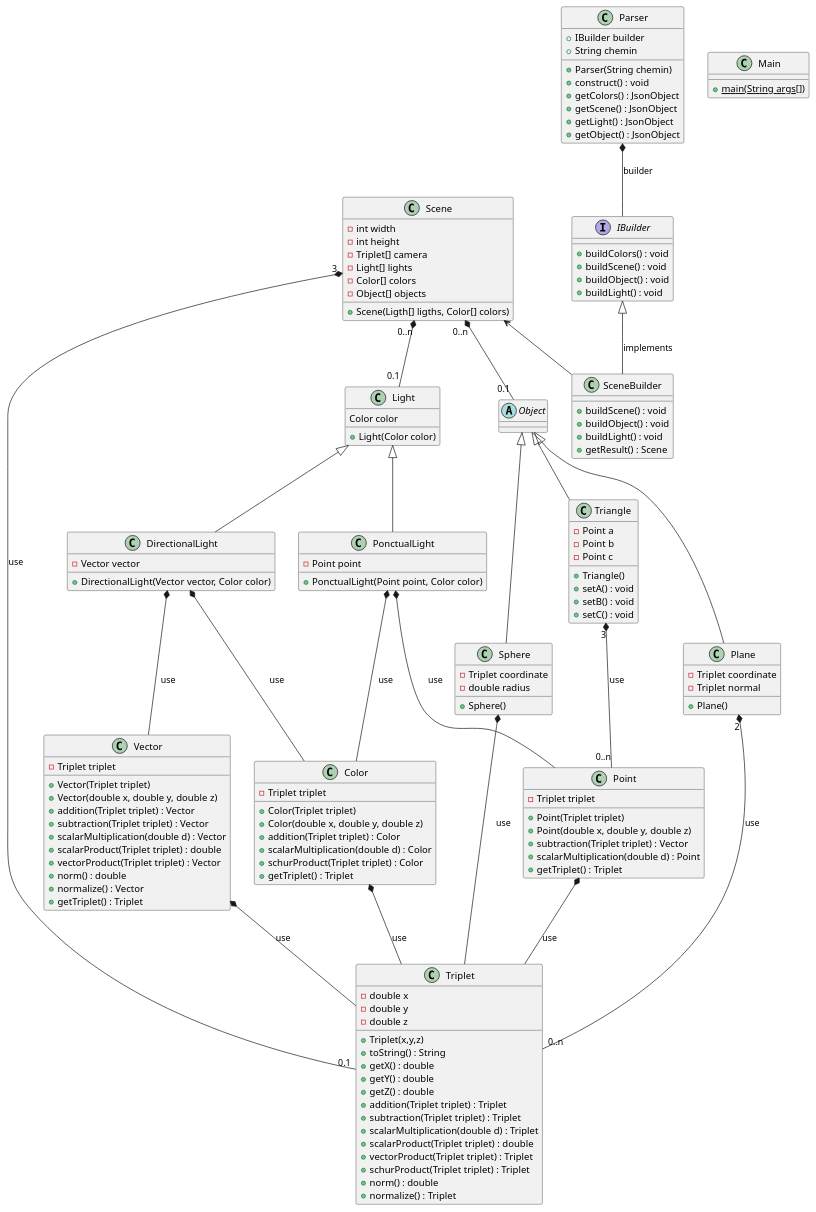
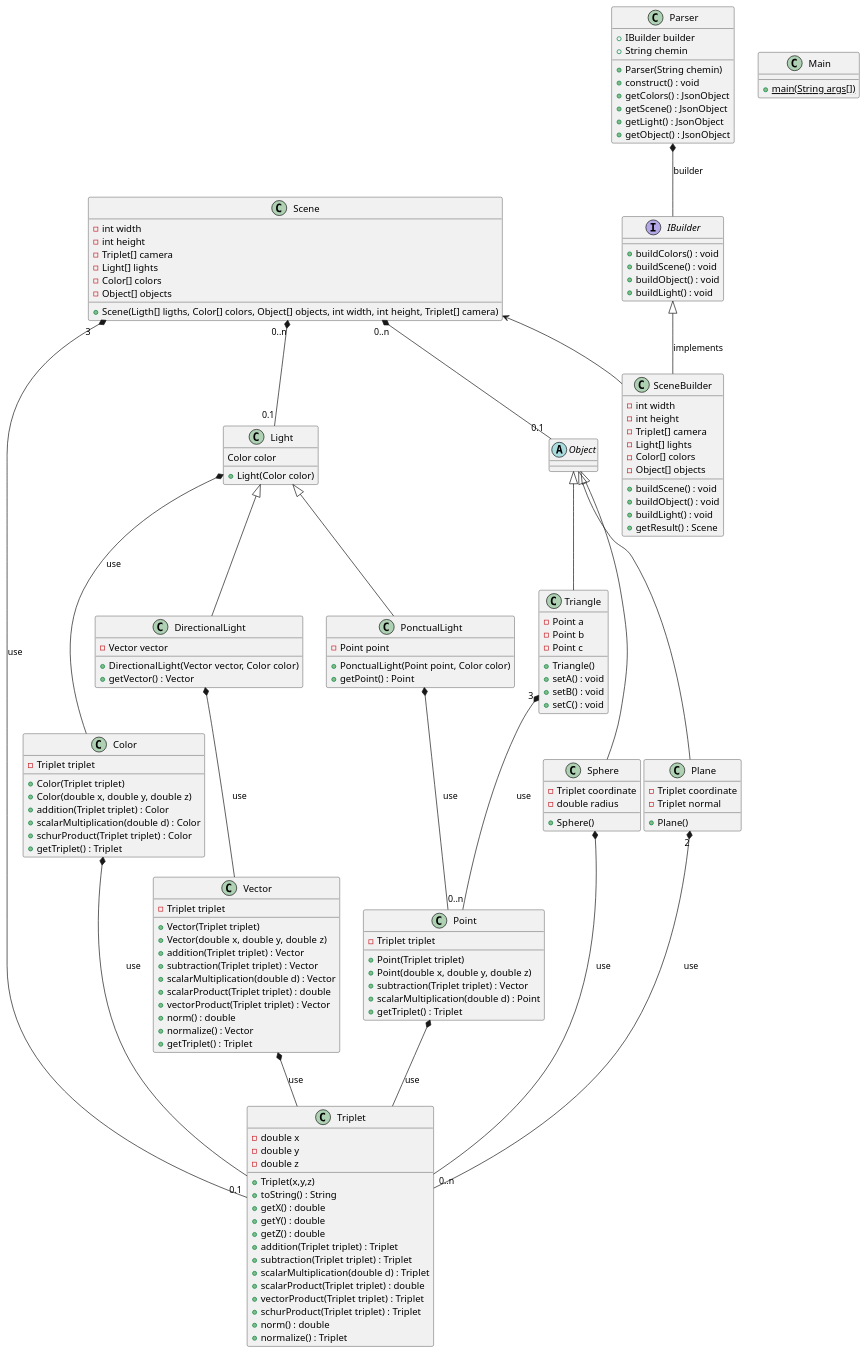
Before and after one commit to DarkWolf62/RaytracerLib: the diagram in RayTracing.puml, drawn with PlantUML. The commit also changed 3 other files, not shown here.

```diff
--- a/RayTracing.puml
+++ b/RayTracing.puml
@@ -1,181 +1,188 @@
 @startuml
 
 class Triplet
 class Vector
 class Point
 class Color
 class Main
 class Light
 class DirectionalLight
 class PonctualLight
 abstract class Object
 
 class Plane
 class Triangle
 class Sphere
 
 class Scene
 interface IBuilder
 class SceneBuilder
 
 Vector *-- Triplet : use
 Color *-- Triplet : use
 Point *-- Triplet : use
 
-DirectionalLight *-- Color : use
 DirectionalLight *-- Vector : use
 
-PonctualLight *-- Color : use
+Light *-- Color : use
 PonctualLight *-- Point : use
 
 
 Triangle "3" *-- "0..n" Point : use
 Plane "2" *-- "0..n" Triplet : use
 Sphere *-- Triplet : use
 
 Parser *-- IBuilder : builder
 IBuilder <|-- SceneBuilder : implements
 Scene <-- SceneBuilder
 Scene "0..n" *-- "0.1" Light
 Scene "0..n" *-- "0.1" Object
 Scene "3"*-- "0.1" Triplet : use
 
 
 
 class Triplet {
 -double x
 -double y
 -double z
 
 +Triplet(x,y,z)
 +toString() : String
 +getX() : double
 +getY() : double
 +getZ() : double
 +addition(Triplet triplet) : Triplet
 +subtraction(Triplet triplet) : Triplet
 +scalarMultiplication(double d) : Triplet
 +scalarProduct(Triplet triplet) : double
 +vectorProduct(Triplet triplet) : Triplet
 +schurProduct(Triplet triplet) : Triplet
 +norm() : double
 +normalize() : Triplet
 }
 
 class Vector{
 -Triplet triplet
 +Vector(Triplet triplet)
 +Vector(double x, double y, double z)
 +addition(Triplet triplet) : Vector
 +subtraction(Triplet triplet) : Vector
 +scalarMultiplication(double d) : Vector
 +scalarProduct(Triplet triplet) : double
 +vectorProduct(Triplet triplet) : Vector
 +norm() : double
 +normalize() : Vector
 + getTriplet() : Triplet
 }
 
 class Point{
 - Triplet triplet
 +Point(Triplet triplet)
 +Point(double x, double y, double z)
 +subtraction(Triplet triplet) : Vector
 +scalarMultiplication(double d) : Point
 + getTriplet() : Triplet
 }
 
 class Color{
 - Triplet triplet
 +Color(Triplet triplet)
 +Color(double x, double y, double z)
 + addition(Triplet triplet) : Color
 + scalarMultiplication(double d) : Color
 + schurProduct(Triplet triplet) : Color
 + getTriplet() : Triplet
 }
 
 
 class Light{
 Color color
 + Light(Color color)
 }
 
 class PonctualLight extends Light{
 - Point point
 + PonctualLight(Point point, Color color)
++ getPoint() : Point
 }
 
 class DirectionalLight extends Light{
 - Vector vector
 + DirectionalLight(Vector vector, Color color)
++ getVector() : Vector
 }
 
 class Triangle extends Object {
 - Point a
 - Point b
 - Point c
 + Triangle()
 + setA() : void
 + setB() : void
 + setC() : void
 }
 
 class Plane extends Object{
 - Triplet coordinate
 - Triplet normal
 + Plane()
 }
 
 class Sphere extends Object {
 - Triplet coordinate
 - double radius
 + Sphere()
 }
 
 'note "Patron de conception : Builder" as N2
 'Scene .. N2
 'IBuilder .. N2
 'SceneBuilder .. N2
 'Parser .. N2
 
 class Scene{
 - int width
 - int height
 - Triplet[] camera
 - Light[] lights
 - Color[] colors
 - Object[] objects
-+ Scene(Ligth[] ligths, Color[] colors)
++ Scene(Ligth[] ligths, Color[] colors, Object[] objects, int width, int height, Triplet[] camera)
 }
 
 interface IBuilder {
 + buildColors() : void
 + buildScene() : void
 + buildObject() : void
 + buildLight() : void
 }
 
 class SceneBuilder {
+- int width
+- int height
+- Triplet[] camera
+- Light[] lights
+- Color[] colors
+- Object[] objects
 + buildScene() : void
 + buildObject() : void
 + buildLight() : void
 + getResult() : Scene
 }
 
 class Parser {
 +IBuilder builder
 +String chemin
 +Parser(String chemin)
 +construct() : void
 + getColors() : JsonObject
 +getScene() : JsonObject
 +getLight() : JsonObject
 +getObject() : JsonObject
 }
 
 class Main{
 + {static} main(String args[])
 }
 
 @enduml
```
